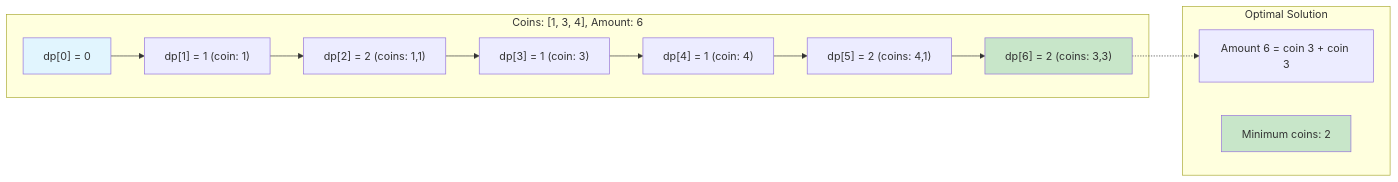
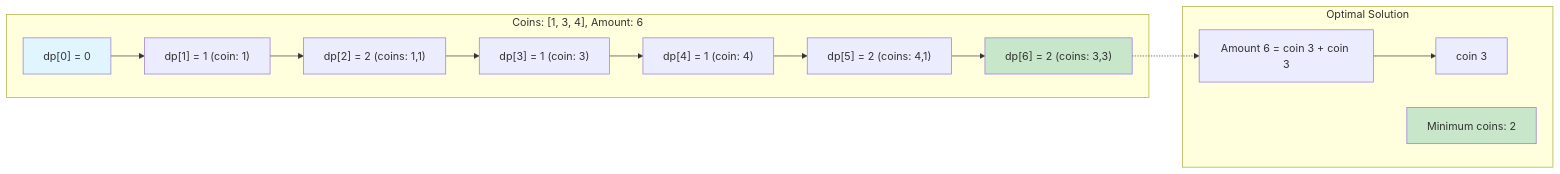
One commit to lezcodes/dsa changed the second of 8 diagrams in 0037-coin-change-problem/README.md. Above: the diagram before and after it, drawn with Mermaid. The commit also changed other lines of this file and 26 other files, not shown here.

Commit message:
docs: fix mermaid diagrams

````diff
--- a/0037-coin-change-problem/README.md
+++ b/0037-coin-change-problem/README.md
@@ -44,24 +44,24 @@
 ```mermaid
 graph LR
     subgraph "Coins: [1, 3, 4], Amount: 6"
         A["dp[0] = 0"]
         B["dp[1] = 1 (coin: 1)"]
         C["dp[2] = 2 (coins: 1,1)"]
         D["dp[3] = 1 (coin: 3)"]
         E["dp[4] = 1 (coin: 4)"]
         F["dp[5] = 2 (coins: 4,1)"]
         G["dp[6] = 2 (coins: 3,3)"]
     end
 
     subgraph "Optimal Solution"
-        H["Amount 6 = coin 3 + coin 3"]
+        H["Amount 6 = coin 3 + coin 3"] --> H1["coin 3"]
         I["Minimum coins: 2"]
     end
 
     A --> B --> C --> D --> E --> F --> G
     G -.-> H
 
     style A fill:#e1f5fe
     style G fill:#c8e6c9
     style I fill:#c8e6c9
 ```
````
